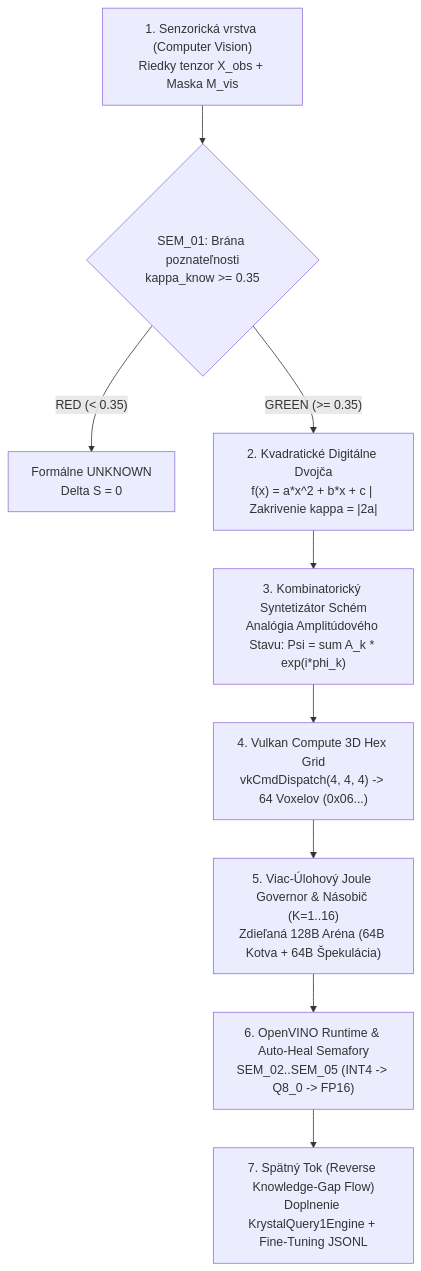
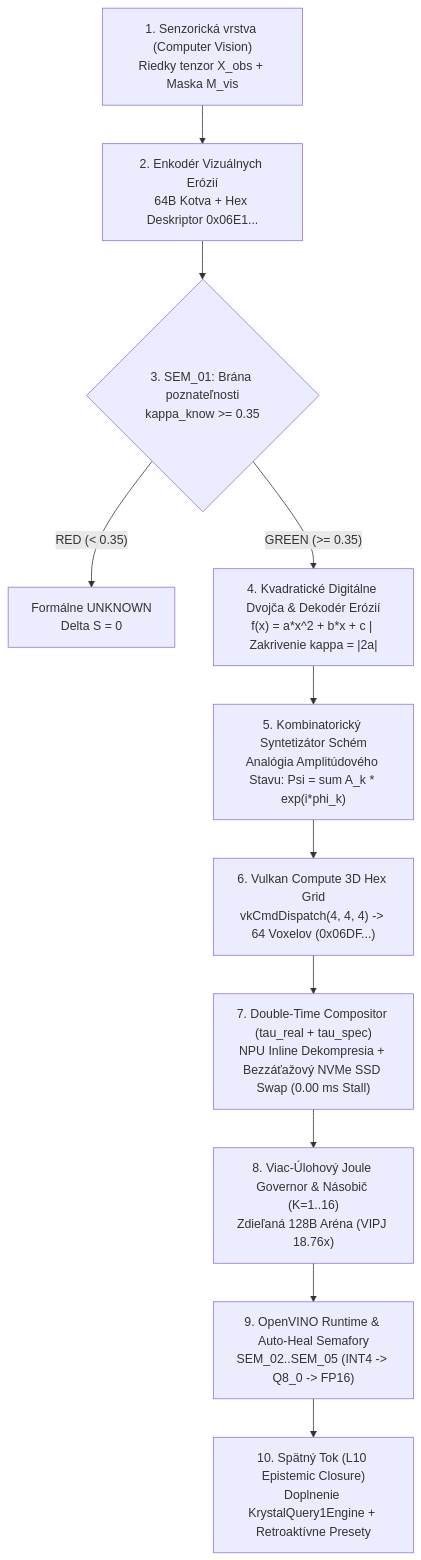
Before and after one commit to RhodosBerger/Krystal-stack-platform-framework: the diagram in docs/architecture/AMPLITUDE_STATE_CV_VULKAN_BLUEPRINT.md, drawn with Mermaid. The commit also changed other lines of this file and 5 other files, not shown here.

````diff
--- a/docs/architecture/AMPLITUDE_STATE_CV_VULKAN_BLUEPRINT.md
+++ b/docs/architecture/AMPLITUDE_STATE_CV_VULKAN_BLUEPRINT.md
@@ -11,11 +12,13 @@
 ```mermaid
 flowchart TD
-    CV["1. Senzorická vrstva (Computer Vision)\nRiedky tenzor X_obs + Maska M_vis"] --> SEM1{"SEM_01: Brána poznateľnosti\nkappa_know >= 0.35"}
+    CV["1. Senzorická vrstva (Computer Vision)\nRiedky tenzor X_obs + Maska M_vis"] --> ERO["2. Enkodér Vizuálnych Erózií\n64B Kotva + Hex Deskriptor 0x06E1..."]
+    ERO --> SEM1{"3. SEM_01: Brána poznateľnosti\nkappa_know >= 0.35"}
     SEM1 -- "RED (< 0.35)" --> UNK["Formálne UNKNOWN\nDelta S = 0"]
-    SEM1 -- "GREEN (>= 0.35)" --> TWIN["2. Kvadratické Digitálne Dvojča\nf(x) = a*x^2 + b*x + c | Zakrivenie kappa = |2a|"]
-    TWIN --> AMP["3. Kombinatorický Syntetizátor Schém\nAnalógia Amplitúdového Stavu: Psi = sum A_k * exp(i*phi_k)"]
-    AMP --> VK3D["4. Vulkan Compute 3D Hex Grid\nvkCmdDispatch(4, 4, 4) -> 64 Voxelov (0x06...)"]
-    VK3D --> JOULE["5. Viac-Úlohový Joule Governor & Násobič (K=1..16)\nZdieľaná 128B Aréna (64B Kotva + 64B Špekulácia)"]
-    JOULE --> OV["6. OpenVINO Runtime & Auto-Heal Semafory\nSEM_02..SEM_05 (INT4 -> Q8_0 -> FP16)"]
-    OV --> REV["7. Spätný Tok (Reverse Knowledge-Gap Flow)\nDoplnenie KrystalQuery1Engine + Fine-Tuning JSONL"]
+    SEM1 -- "GREEN (>= 0.35)" --> TWIN["4. Kvadratické Digitálne Dvojča & Dekodér Erózií\nf(x) = a*x^2 + b*x + c | Zakrivenie kappa = |2a|"]
+    TWIN --> AMP["5. Kombinatorický Syntetizátor Schém\nAnalógia Amplitúdového Stavu: Psi = sum A_k * exp(i*phi_k)"]
+    AMP --> VK3D["6. Vulkan Compute 3D Hex Grid\nvkCmdDispatch(4, 4, 4) -> 64 Voxelov (0x06DF...)"]
+    VK3D --> DTC["7. Double-Time Compositor (tau_real + tau_spec)\nNPU Inline Dekompresia + Bezzáťažový NVMe SSD Swap (0.00 ms Stall)"]
+    DTC --> JOULE["8. Viac-Úlohový Joule Governor & Násobič (K=1..16)\nZdieľaná 128B Aréna (VIPJ 18.76x)"]
+    JOULE --> OV["9. OpenVINO Runtime & Auto-Heal Semafory\nSEM_02..SEM_05 (INT4 -> Q8_0 -> FP16)"]
+    OV --> REV["10. Spätný Tok (L10 Epistemic Closure)\nDoplnenie KrystalQuery1Engine + Retroaktívne Presety"]
 ```
````
